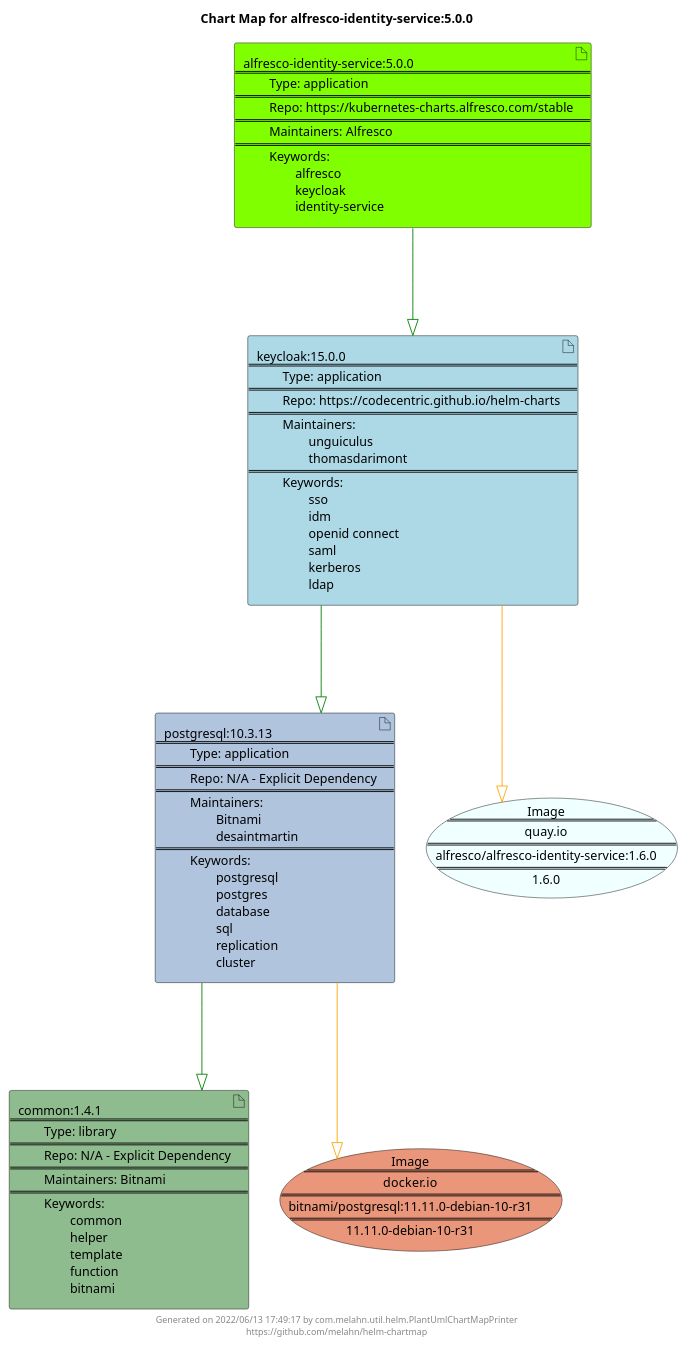
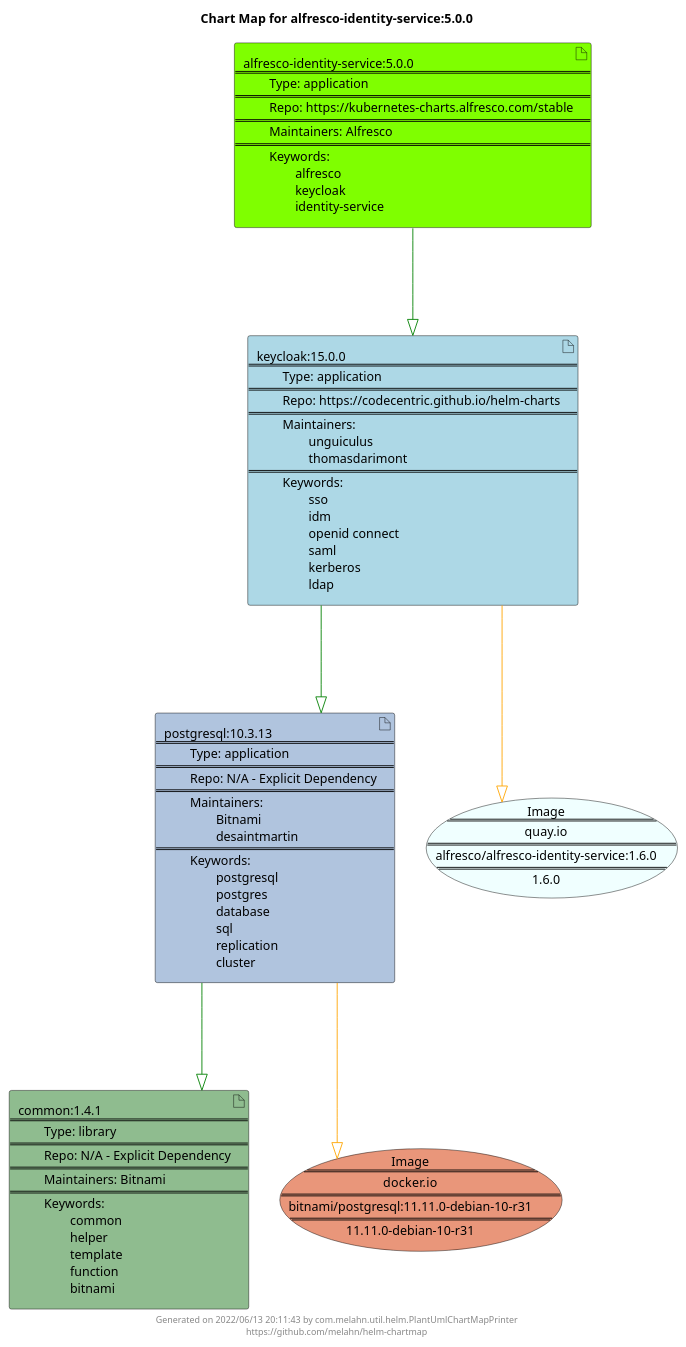
One commit to melahn/helm-chartmap changed the diagram in docs/alfresco-identity-service/alfresco-identity-service-5.0.0.puml. Above: the diagram before and after it, drawn with PlantUML. The commit also changed 59 other files, not shown here.

Commit message:
Update Example Chart Maps as part of GitHub build

```diff
--- a/docs/alfresco-identity-service/alfresco-identity-service-5.0.0.puml
+++ b/docs/alfresco-identity-service/alfresco-identity-service-5.0.0.puml
@@ -1,29 +1,29 @@
 @startuml
 skinparam linetype ortho
 skinparam backgroundColor white
 skinparam usecaseBorderColor black
 skinparam usecaseArrowColor LightSlateGray
 skinparam artifactBorderColor black
 skinparam artifactArrowColor LightSlateGray
 
 title Chart Map for alfresco-identity-service:5.0.0
 
 'There are 4 referenced Helm Charts
 artifact "common:1.4.1\n====\n\tType: library\n====\n\tRepo: N/A - Explicit Dependency\n====\n\tMaintainers: Bitnami\n====\n\tKeywords: \n\t\tcommon\n\t\thelper\n\t\ttemplate\n\t\tfunction\n\t\tbitnami" as common_1_4_1 #DarkSeaGreen
 artifact "alfresco-identity-service:5.0.0\n====\n\tType: application\n====\n\tRepo: https://kubernetes-charts.alfresco.com/stable\n====\n\tMaintainers: Alfresco\n====\n\tKeywords: \n\t\talfresco\n\t\tkeycloak\n\t\tidentity-service" as alfresco_identity_service_5_0_0 #Chartreuse
 artifact "postgresql:10.3.13\n====\n\tType: application\n====\n\tRepo: N/A - Explicit Dependency\n====\n\tMaintainers: \n\t\tBitnami\n\t\tdesaintmartin\n====\n\tKeywords: \n\t\tpostgresql\n\t\tpostgres\n\t\tdatabase\n\t\tsql\n\t\treplication\n\t\tcluster" as postgresql_10_3_13 #LightSteelBlue
 artifact "keycloak:15.0.0\n====\n\tType: application\n====\n\tRepo: https://codecentric.github.io/helm-charts\n====\n\tMaintainers: \n\t\tunguiculus\n\t\tthomasdarimont\n====\n\tKeywords: \n\t\tsso\n\t\tidm\n\t\topenid connect\n\t\tsaml\n\t\tkerberos\n\t\tldap" as keycloak_15_0_0 #LightBlue
 
 'There are 2 referenced Docker Images
 usecase "Image\n====\nquay.io\n====\nalfresco/alfresco-identity-service:1.6.0\n====\n1.6.0" as quay_io_alfresco_alfresco_identity_service_1_6_0 #Azure
 usecase "Image\n====\ndocker.io\n====\nbitnami/postgresql:11.11.0-debian-10-r31\n====\n11.11.0-debian-10-r31" as docker_io_bitnami_postgresql_11_11_0_debian_10_r31 #DarkSalmon
 
 'Chart Dependencies
 alfresco_identity_service_5_0_0--[#green]-|>keycloak_15_0_0
 keycloak_15_0_0--[#green]-|>postgresql_10_3_13
 postgresql_10_3_13--[#green]-|>common_1_4_1
 postgresql_10_3_13--[#orange]-|>docker_io_bitnami_postgresql_11_11_0_debian_10_r31
 keycloak_15_0_0--[#orange]-|>quay_io_alfresco_alfresco_identity_service_1_6_0
 
-center footer Generated on 2022/06/13 17:49:17 by com.melahn.util.helm.PlantUmlChartMapPrinter\nhttps://github.com/melahn/helm-chartmap
+center footer Generated on 2022/06/13 20:11:43 by com.melahn.util.helm.PlantUmlChartMapPrinter\nhttps://github.com/melahn/helm-chartmap
 @enduml
```
